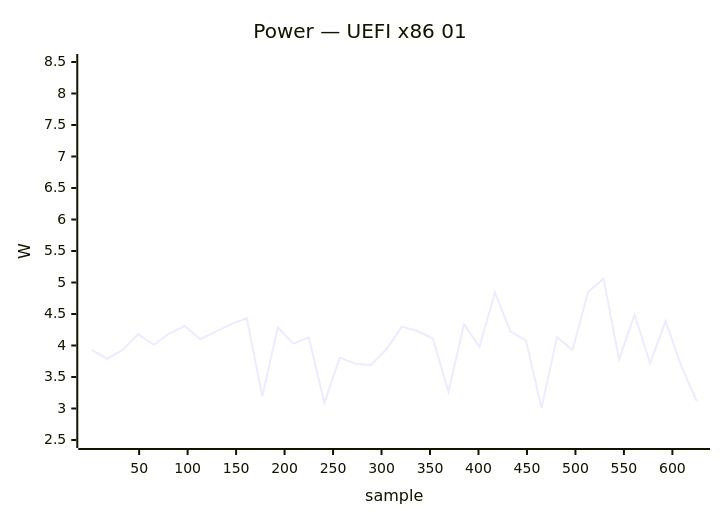
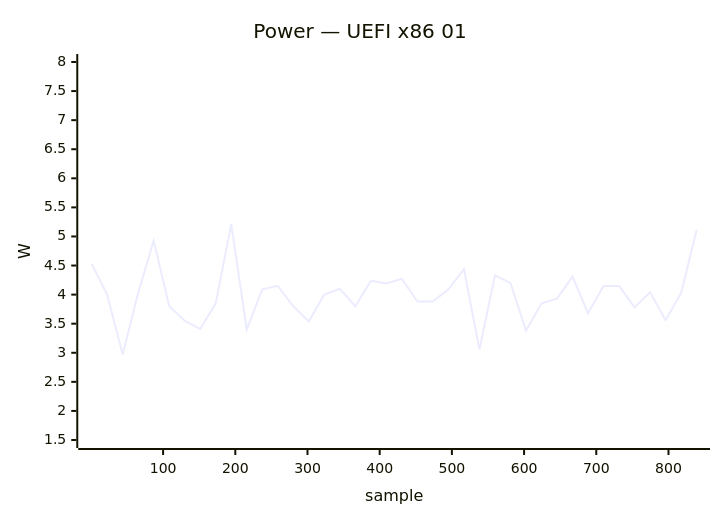
One commit to armbian/documentation changed diagram 23 of 24 in docs/status/board-tests.md. Above: the diagram before and after it, drawn with Mermaid. The commit also changed other lines of this file, not shown here.

````diff
--- a/docs/status/board-tests.md
+++ b/docs/status/board-tests.md
@@ -1213,7 +1221,7 @@
     ```mermaid
     xychart-beta
         title "Power — UEFI x86 01"
-        x-axis "sample" 1 --> 625
-        y-axis "W" 2.5 --> 8.5
-        line [3.93, 3.79, 3.93, 4.18, 4.01, 4.19, 4.31, 4.10, 4.22, 4.34, 4.43, 3.19, 4.29, 4.03, 4.13, 3.09, 3.81, 3.71, 3.69, 3.94, 4.30, 4.23, 4.11, 3.26, 4.34, 3.98, 4.84, 4.22, 4.08, 3.01, 4.13, 3.93, 4.85, 5.06, 3.78, 4.49, 3.72, 4.39, 3.68, 3.12]
+        x-axis "sample" 1 --> 839
+        y-axis "W" 1.5 --> 8.0
+        line [4.53, 4.00, 2.97, 4.03, 4.93, 3.80, 3.55, 3.41, 3.85, 5.21, 3.40, 4.09, 4.15, 3.80, 3.54, 4.00, 4.10, 3.80, 4.24, 4.19, 4.27, 3.88, 3.88, 4.09, 4.44, 3.06, 4.33, 4.20, 3.38, 3.85, 3.93, 4.31, 3.68, 4.15, 4.15, 3.78, 4.04, 3.56, 4.03, 5.11]
     ```
````
